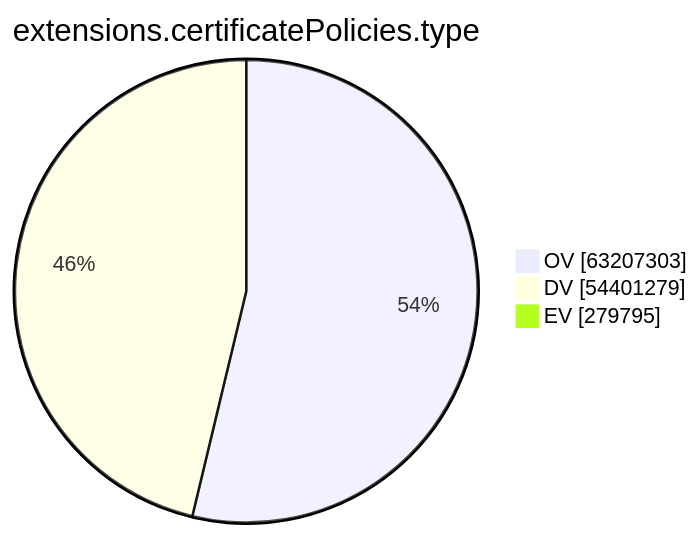
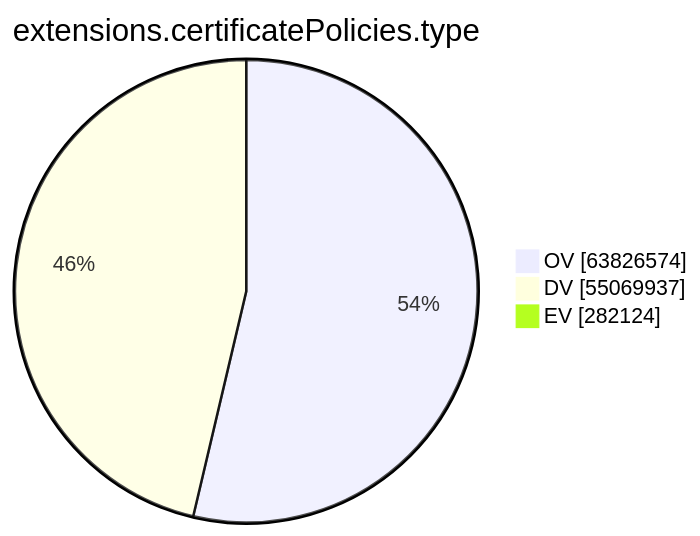
Before and after one commit to christiankrug/ctmonitor_visualization: the ninth of 15 diagrams in xenon2023/README.md, drawn with Mermaid. The commit also changed other lines of this file, not shown here.

````diff
--- a/xenon2023/README.md
+++ b/xenon2023/README.md
@@ -2158,7 +2159,7 @@
 ```mermaid
 pie showData
 title extensions.certificatePolicies.type
-"OV" :63207303
-"DV" :54401279
-"EV" :279795
+"OV" :63826574
+"DV" :55069937
+"EV" :282124
 ```
````
